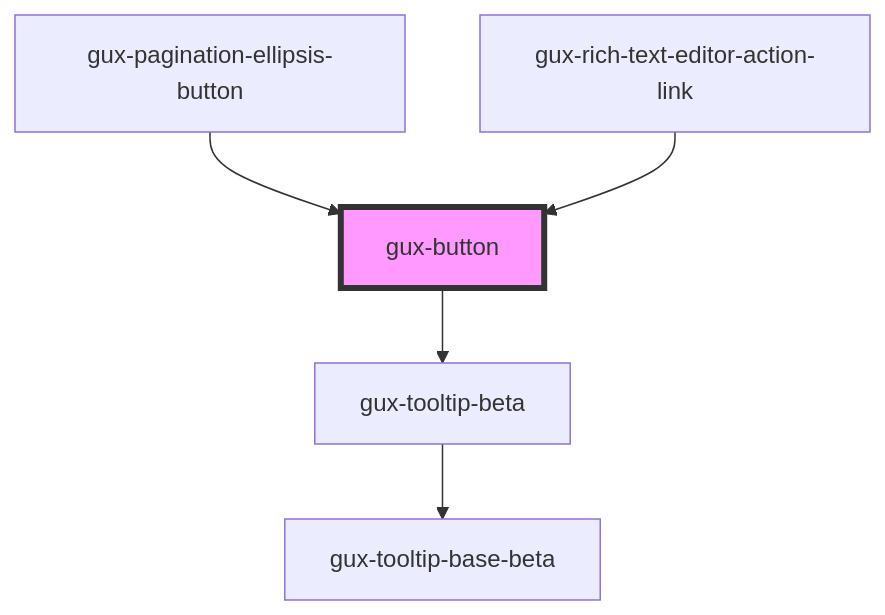
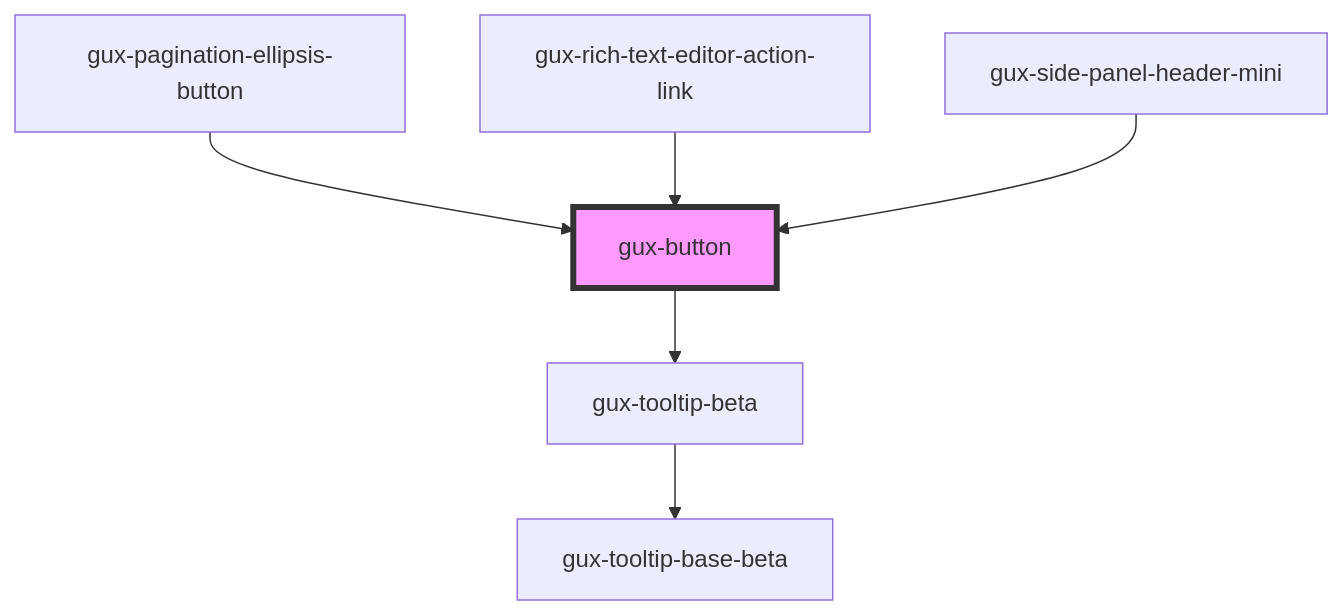
One commit to MyPureCloud/genesys-spark changed the diagram in packages/genesys-spark-components/src/components/stable/gux-button/readme.md. Above: the diagram before and after it, drawn with Mermaid. The commit also changed other lines of this file and 8 other files, not shown here.

Commit message:
chore(side panel): interim changes for wip

````diff
--- a/packages/genesys-spark-components/src/components/stable/gux-button/readme.md
+++ b/packages/genesys-spark-components/src/components/stable/gux-button/readme.md
@@ -39,8 +40,9 @@
 ```mermaid
 graph TD;
   gux-button --> gux-tooltip-beta
   gux-tooltip-beta --> gux-tooltip-base-beta
   gux-pagination-ellipsis-button --> gux-button
   gux-rich-text-editor-action-link --> gux-button
+  gux-side-panel-header-mini --> gux-button
   style gux-button fill:#f9f,stroke:#333,stroke-width:4px
 ```
````
